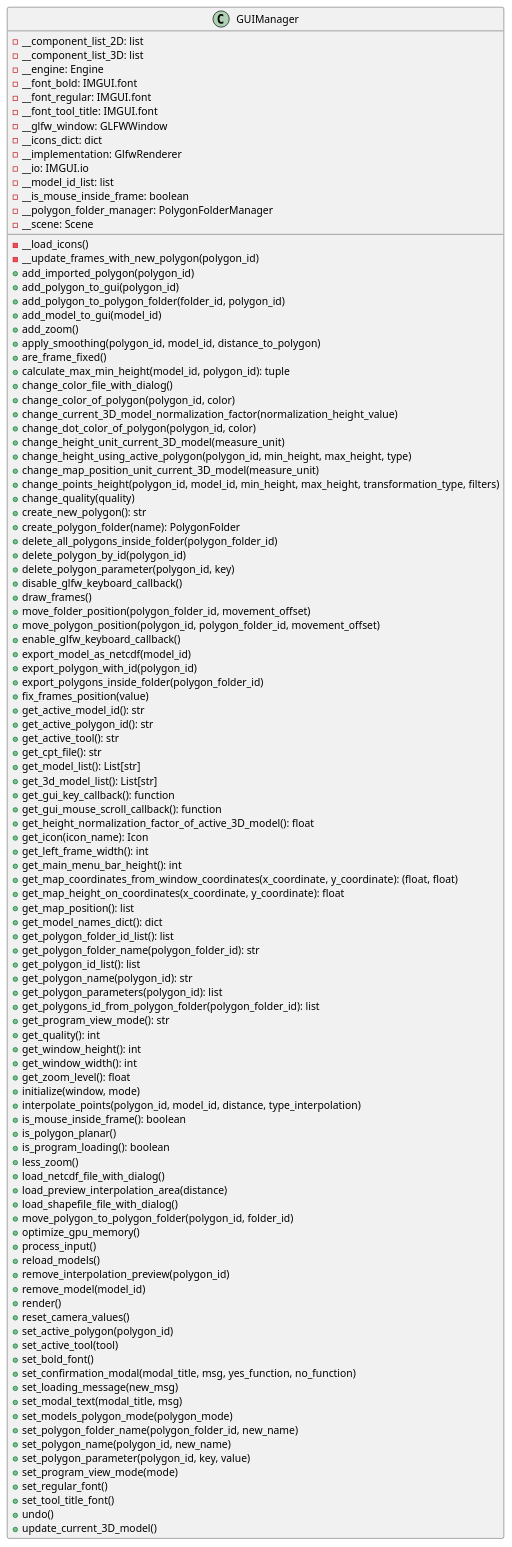
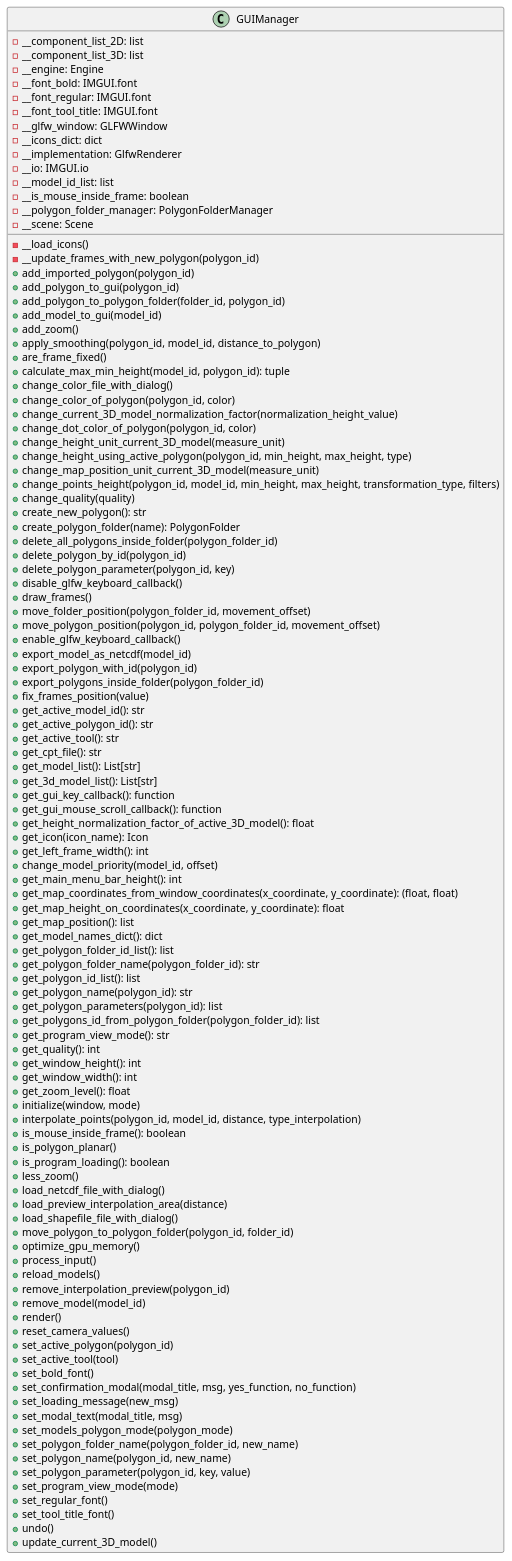
One commit to ferpoble2/Relief_Creator changed the diagram in docs/classes/GUIManager.puml. Above: the diagram before and after it, drawn with PlantUML. The commit also changed 2 other files, not shown here.

```diff
--- a/docs/classes/GUIManager.puml
+++ b/docs/classes/GUIManager.puml
@@ -1,112 +1,113 @@
 @startuml
 'https://plantuml.com/class-diagram
 class GUIManager{
     - __component_list_2D: list
     - __component_list_3D: list
     - __engine: Engine
     - __font_bold: IMGUI.font
     - __font_regular: IMGUI.font
     - __font_tool_title: IMGUI.font
     - __glfw_window: GLFWWindow
     - __icons_dict: dict
     - __implementation: GlfwRenderer
     - __io: IMGUI.io
     - __model_id_list: list
     - __is_mouse_inside_frame: boolean
     - __polygon_folder_manager: PolygonFolderManager
     - __scene: Scene
 
     - __load_icons()
     - __update_frames_with_new_polygon(polygon_id)
     + add_imported_polygon(polygon_id)
     + add_polygon_to_gui(polygon_id)
     + add_polygon_to_polygon_folder(folder_id, polygon_id)
     + add_model_to_gui(model_id)
     + add_zoom()
     + apply_smoothing(polygon_id, model_id, distance_to_polygon)
     + are_frame_fixed()
     + calculate_max_min_height(model_id, polygon_id): tuple
     + change_color_file_with_dialog()
     + change_color_of_polygon(polygon_id, color)
     + change_current_3D_model_normalization_factor(normalization_height_value)
     + change_dot_color_of_polygon(polygon_id, color)
     + change_height_unit_current_3D_model(measure_unit)
     + change_height_using_active_polygon(polygon_id, min_height, max_height, type)
     + change_map_position_unit_current_3D_model(measure_unit)
     + change_points_height(polygon_id, model_id, min_height, max_height, transformation_type, filters)
     + change_quality(quality)
     + create_new_polygon(): str
     + create_polygon_folder(name): PolygonFolder
     + delete_all_polygons_inside_folder(polygon_folder_id)
     + delete_polygon_by_id(polygon_id)
     + delete_polygon_parameter(polygon_id, key)
     + disable_glfw_keyboard_callback()
     + draw_frames()
     + move_folder_position(polygon_folder_id, movement_offset)
     + move_polygon_position(polygon_id, polygon_folder_id, movement_offset)
     + enable_glfw_keyboard_callback()
     + export_model_as_netcdf(model_id)
     + export_polygon_with_id(polygon_id)
     + export_polygons_inside_folder(polygon_folder_id)
     + fix_frames_position(value)
     + get_active_model_id(): str
     + get_active_polygon_id(): str
     + get_active_tool(): str
     + get_cpt_file(): str
     + get_model_list(): List[str]
     + get_3d_model_list(): List[str]
     + get_gui_key_callback(): function
     + get_gui_mouse_scroll_callback(): function
     + get_height_normalization_factor_of_active_3D_model(): float
     + get_icon(icon_name): Icon
     + get_left_frame_width(): int
+    + change_model_priority(model_id, offset)
     + get_main_menu_bar_height(): int
     + get_map_coordinates_from_window_coordinates(x_coordinate, y_coordinate): (float, float)
     + get_map_height_on_coordinates(x_coordinate, y_coordinate): float
     + get_map_position(): list
     + get_model_names_dict(): dict
     + get_polygon_folder_id_list(): list
     + get_polygon_folder_name(polygon_folder_id): str
     + get_polygon_id_list(): list
     + get_polygon_name(polygon_id): str
     + get_polygon_parameters(polygon_id): list
     + get_polygons_id_from_polygon_folder(polygon_folder_id): list
     + get_program_view_mode(): str
     + get_quality(): int
     + get_window_height(): int
     + get_window_width(): int
     + get_zoom_level(): float
     + initialize(window, mode)
     + interpolate_points(polygon_id, model_id, distance, type_interpolation)
     + is_mouse_inside_frame(): boolean
     + is_polygon_planar()
     + is_program_loading(): boolean
     + less_zoom()
     + load_netcdf_file_with_dialog()
     + load_preview_interpolation_area(distance)
     + load_shapefile_file_with_dialog()
     + move_polygon_to_polygon_folder(polygon_id, folder_id)
     + optimize_gpu_memory()
     + process_input()
     + reload_models()
     + remove_interpolation_preview(polygon_id)
     + remove_model(model_id)
     + render()
     + reset_camera_values()
     + set_active_polygon(polygon_id)
     + set_active_tool(tool)
     + set_bold_font()
     + set_confirmation_modal(modal_title, msg, yes_function, no_function)
     + set_loading_message(new_msg)
     + set_modal_text(modal_title, msg)
     + set_models_polygon_mode(polygon_mode)
     + set_polygon_folder_name(polygon_folder_id, new_name)
     + set_polygon_name(polygon_id, new_name)
     + set_polygon_parameter(polygon_id, key, value)
     + set_program_view_mode(mode)
     + set_regular_font()
     + set_tool_title_font()
     + undo()
     + update_current_3D_model()
 }
 @enduml
```
